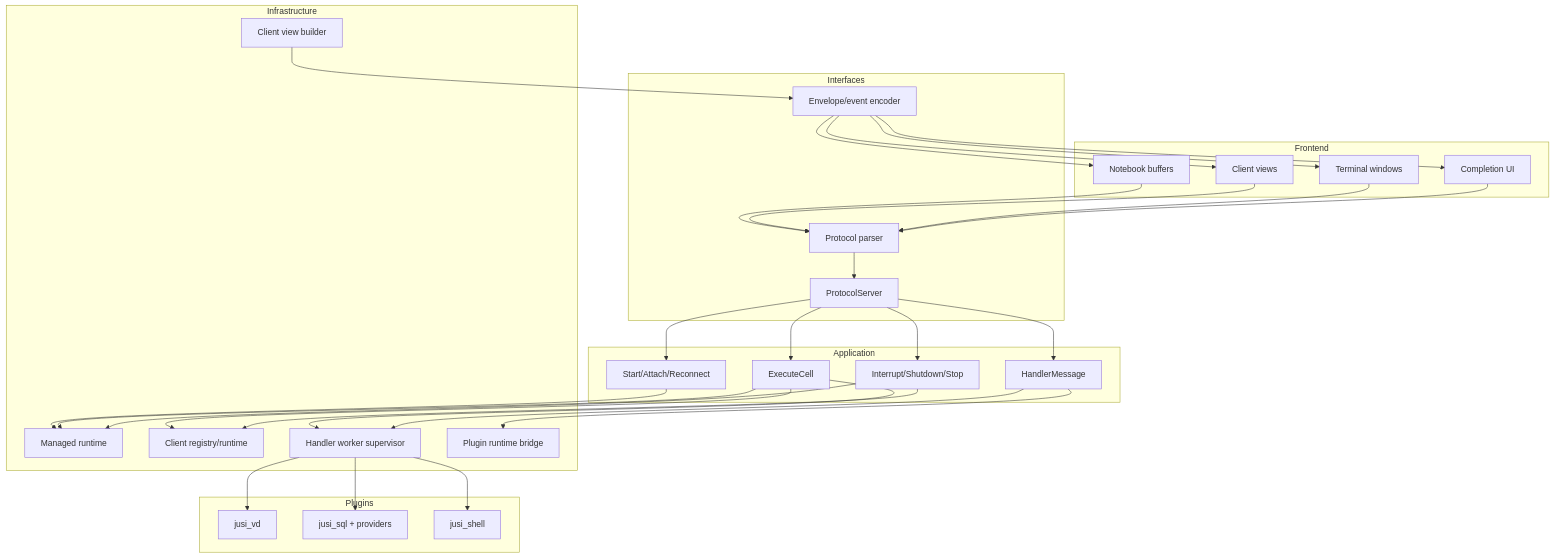
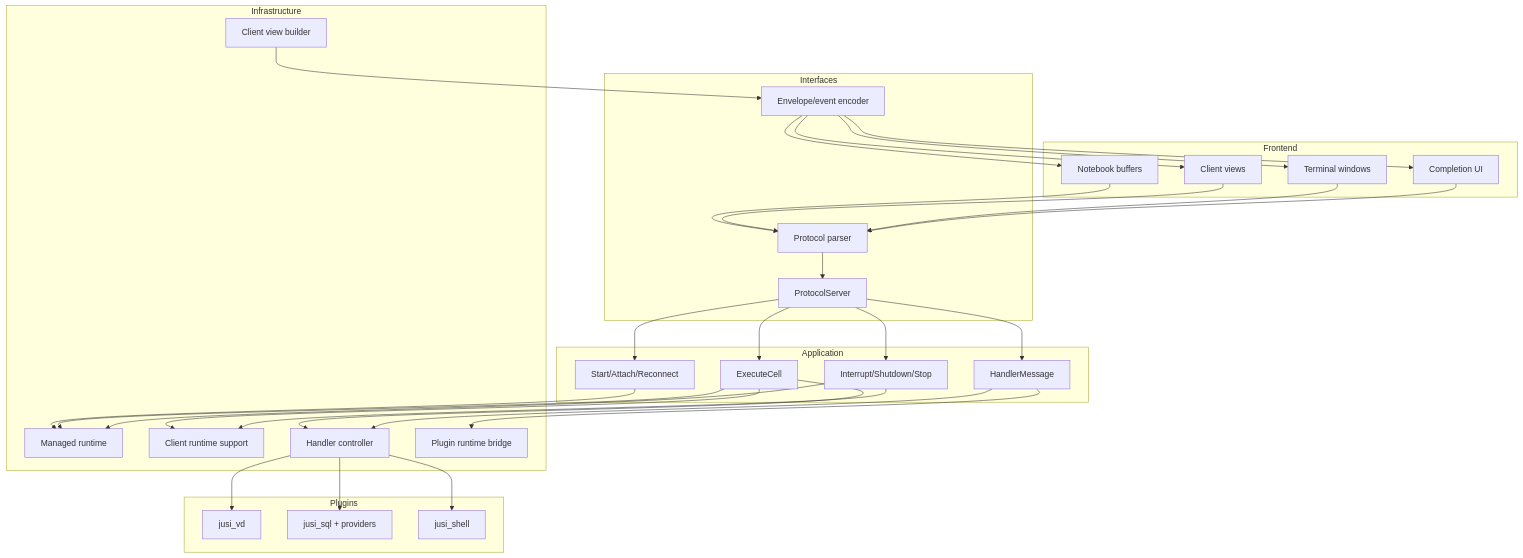
One commit to notawhaleble/jusi changed the third of 6 diagrams in docs/backend-map.md. Above: the diagram before and after it, drawn with Mermaid. The commit also changed other lines of this file and 9 other files, not shown here.

````diff
--- a/docs/backend-map.md
+++ b/docs/backend-map.md
@@ -307,62 +304,62 @@
 ```mermaid
 flowchart TB
     subgraph Frontend
         FE1[Notebook buffers]
         FE2[Client views]
         FE3[Terminal windows]
         FE4[Completion UI]
     end
 
     subgraph Interfaces
         I1[Protocol parser]
         I2[ProtocolServer]
         I3[Envelope/event encoder]
     end
 
     subgraph Application
         A1[Start/Attach/Reconnect]
         A2[ExecuteCell]
         A3[HandlerMessage]
         A4[Interrupt/Shutdown/Stop]
     end
 
     subgraph Infrastructure
         R1[Managed runtime]
-        R2[Client registry/runtime]
-        R3[Handler worker supervisor]
+        R2[Client runtime support]
+        R3[Handler controller]
         R4[Plugin runtime bridge]
         R5[Client view builder]
     end
 
     subgraph Plugins
         P1[jusi_vd]
         P2[jusi_sql + providers]
         P3[jusi_shell]
     end
 
     FE1 --> I1
     FE2 --> I1
     FE3 --> I1
     FE4 --> I1
     I1 --> I2
     I2 --> A1
     I2 --> A2
     I2 --> A3
     I2 --> A4
     A1 --> R1
     A2 --> R1
     A2 --> R2
     A2 --> R3
     A3 --> R3
     A3 --> R4
     A4 --> R1
     A4 --> R2
     R3 --> P1
     R3 --> P2
     R3 --> P3
     R5 --> I3
     I3 --> FE1
     I3 --> FE2
     I3 --> FE3
     I3 --> FE4
 ```
````
